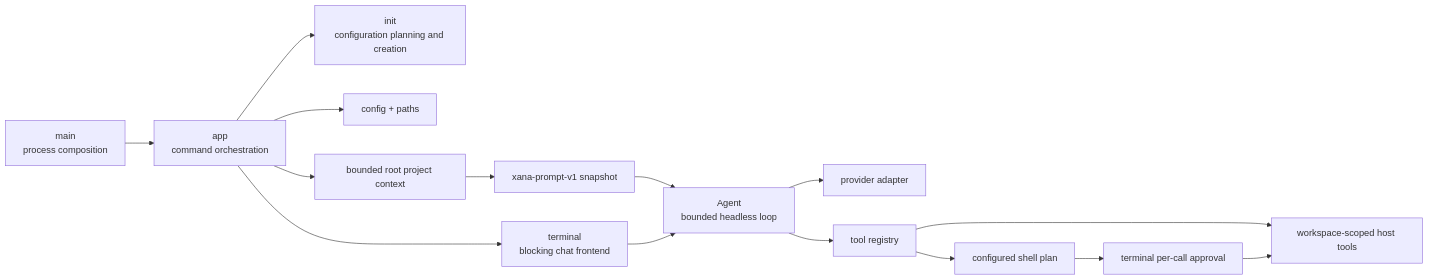
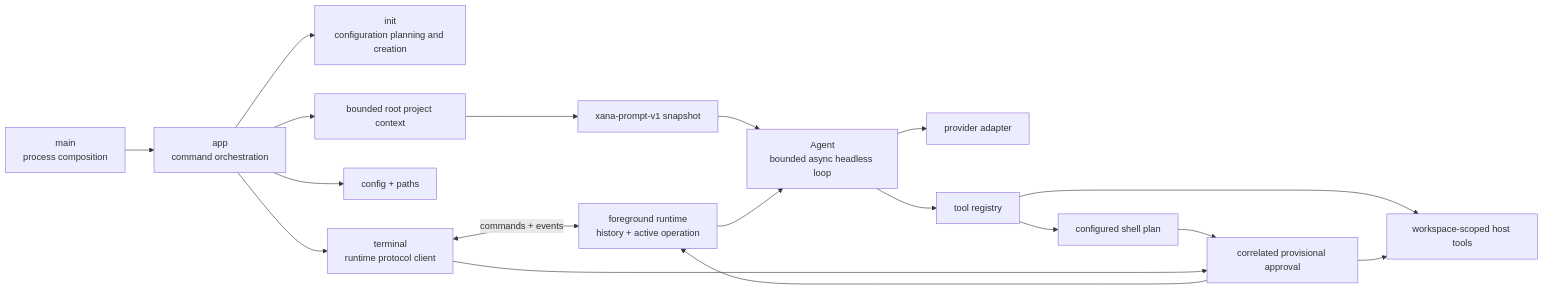
Before and after one commit to labcoder/xana: the diagram in docs/architecture/README.md, drawn with Mermaid. The commit also changed other lines of this file and 34 other files, not shown here.

Commit message:
refactor(runtime): add async command and event boundary

````diff
--- a/docs/architecture/README.md
+++ b/docs/architecture/README.md
@@ -17,17 +18,20 @@
 ```mermaid
 flowchart LR
     MAIN["main<br/>process composition"] --> APP["app<br/>command orchestration"]
     APP --> INIT["init<br/>configuration planning and creation"]
-    APP --> TERMINAL["terminal<br/>blocking chat frontend"]
+    APP --> TERMINAL["terminal<br/>runtime protocol client"]
     APP --> CONFIG["config + paths"]
     APP --> CONTEXT["bounded root project context"]
     CONTEXT --> PROMPT["xana-prompt-v1 snapshot"]
     PROMPT --> AGENT
-    TERMINAL --> AGENT["Agent<br/>bounded headless loop"]
+    TERMINAL <-->|"commands + events"| RUNTIME["foreground runtime<br/>history + active operation"]
+    RUNTIME --> AGENT["Agent<br/>bounded async headless loop"]
     AGENT --> PROVIDER["provider adapter"]
     AGENT --> TOOLS["tool registry"]
     TOOLS --> HOST["workspace-scoped host tools"]
     TOOLS --> SHELL["configured shell plan"]
-    SHELL --> APPROVAL["terminal per-call approval"]
+    SHELL --> APPROVAL["correlated provisional approval"]
+    APPROVAL --> RUNTIME
+    TERMINAL --> APPROVAL
     APPROVAL --> HOST
 ```
````
